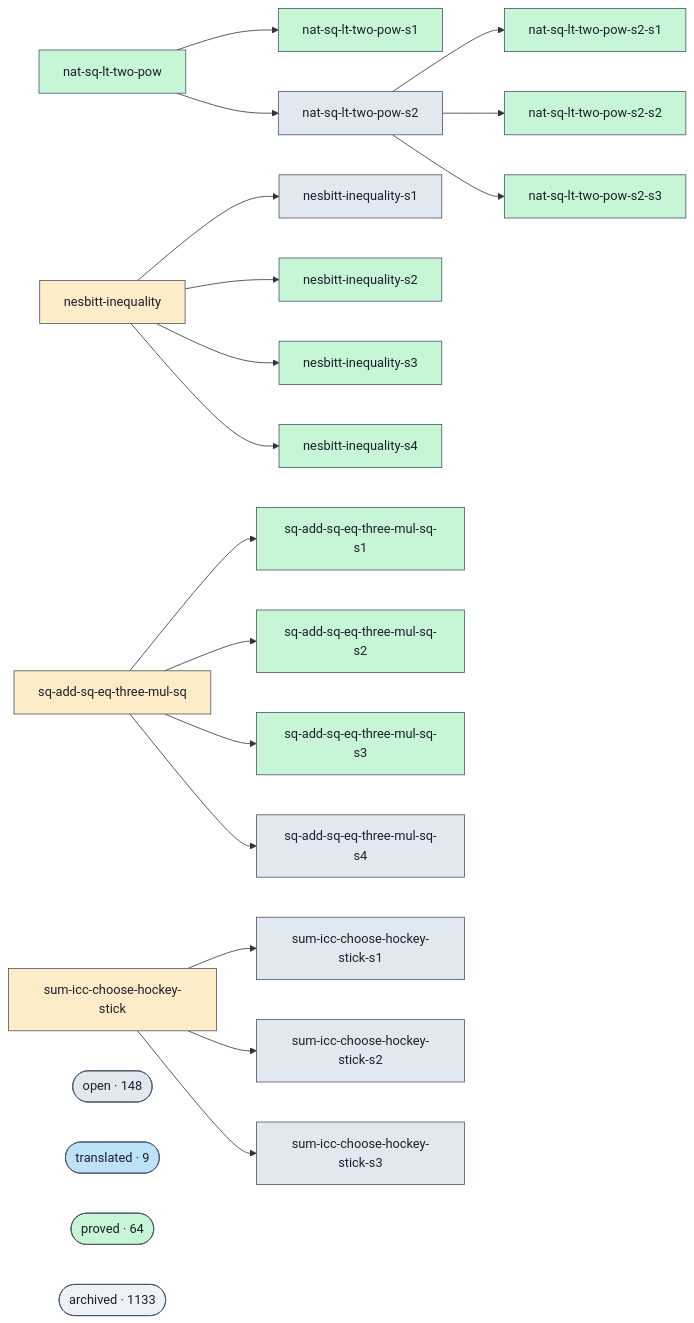
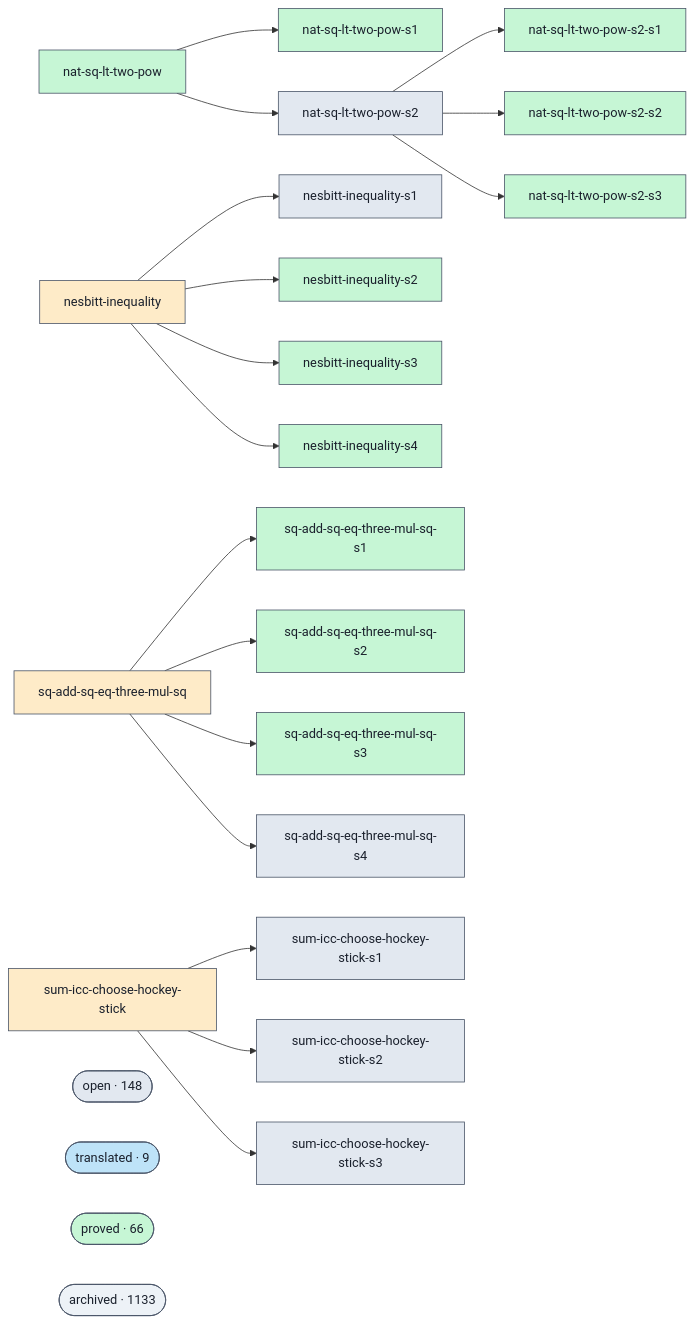
Before and after one commit to ohdearquant/unsorry: the diagram in docs/proofs-contributors-visualisation.md, drawn with Mermaid. The commit also changed other lines of this file and 2 other files, not shown here.

```diff
--- a/docs/proofs-contributors-visualisation.md
+++ b/docs/proofs-contributors-visualisation.md
@@ -102,7 +102,7 @@
   class cluster_open open;
   cluster_translated(["translated · 9"])
   class cluster_translated translated;
-  cluster_proved(["proved · 64"])
+  cluster_proved(["proved · 66"])
   class cluster_proved proved;
   cluster_archived(["archived · 1133"])
   class cluster_archived unknown;
```
